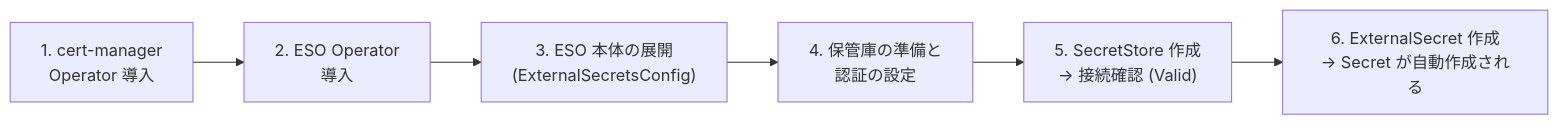
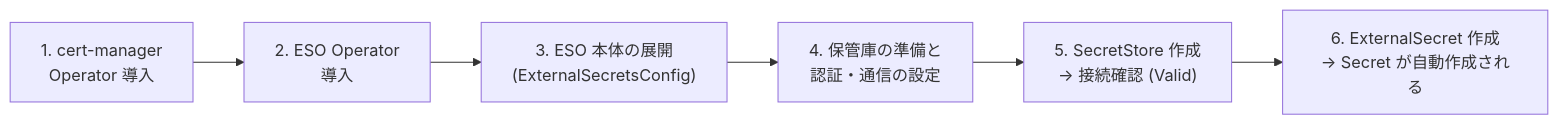
Before and after one commit to akudo-rh/eso-secret-management: the fourth of 10 diagrams in README.md, drawn with Mermaid. The commit also changed other lines of this file and 3 other files, not shown here.

````diff
--- a/README.md
+++ b/README.md
@@ -116,8 +119,8 @@
 ```mermaid
 flowchart LR
   S1["1. cert-manager<br/>Operator 導入"] --> S2["2. ESO Operator<br/>導入"]
   S2 --> S3["3. ESO 本体の展開<br/>(ExternalSecretsConfig)"]
-  S3 --> S4["4. 保管庫の準備と<br/>認証の設定"]
+  S3 --> S4["4. 保管庫の準備と<br/>認証・通信の設定"]
   S4 --> S5["5. SecretStore 作成<br/>→ 接続確認 (Valid)"]
   S5 --> S6["6. ExternalSecret 作成<br/>→ Secret が自動作成される"]
 ```
````
